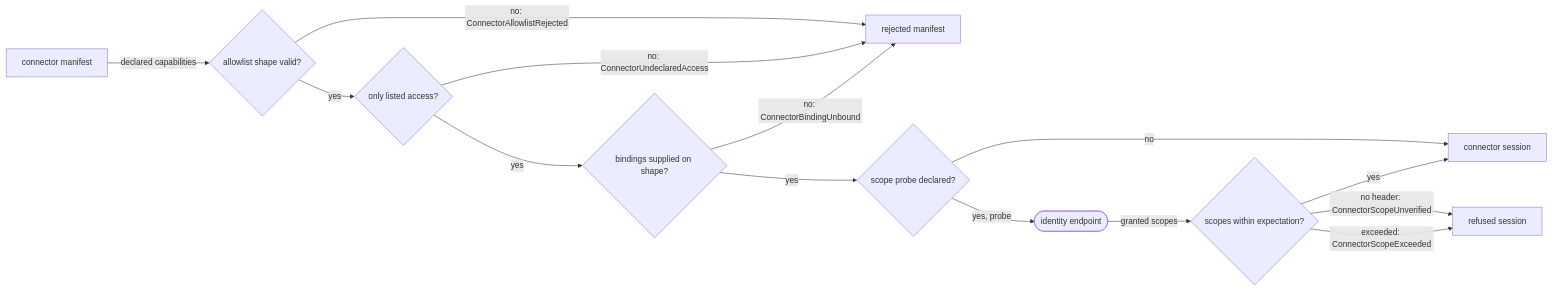
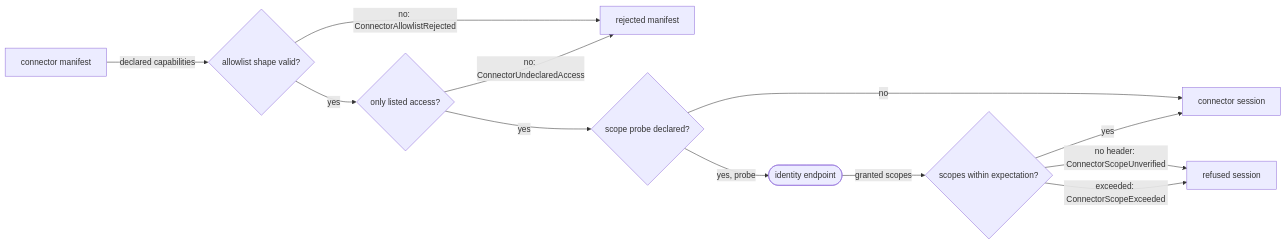
One commit to fractalboxdev/contextful changed the second of 5 diagrams in spec/40-connector.md. Above: the diagram before and after it, drawn with Mermaid. The commit also changed other lines of this file and 18 other files, not shown here.

````diff
--- a/spec/40-connector.md
+++ b/spec/40-connector.md
@@ -134,16 +116,14 @@
 ```mermaid
 flowchart LR
   M["connector manifest"] -->|"declared capabilities"| A{"allowlist shape valid?"}
   A -->|"no: ConnectorAllowlistRejected"| REJ["rejected manifest"]
   A -->|"yes"| U{"only listed access?"}
   U -->|"no: ConnectorUndeclaredAccess"| REJ
-  U -->|"yes"| B{"bindings supplied on shape?"}
-  B -->|"no: ConnectorBindingUnbound"| REJ
-  B -->|"yes"| SP{"scope probe declared?"}
+  U -->|"yes"| SP{"scope probe declared?"}
   SP -->|"no"| SESS["connector session"]
   SP -->|"yes, probe"| IDP(["identity endpoint"])
   IDP -->|"granted scopes"| SC{"scopes within expectation?"}
   SC -->|"no header: ConnectorScopeUnverified"| NOSESS["refused session"]
   SC -->|"exceeded: ConnectorScopeExceeded"| NOSESS
   SC -->|"yes"| SESS
 ```
````
